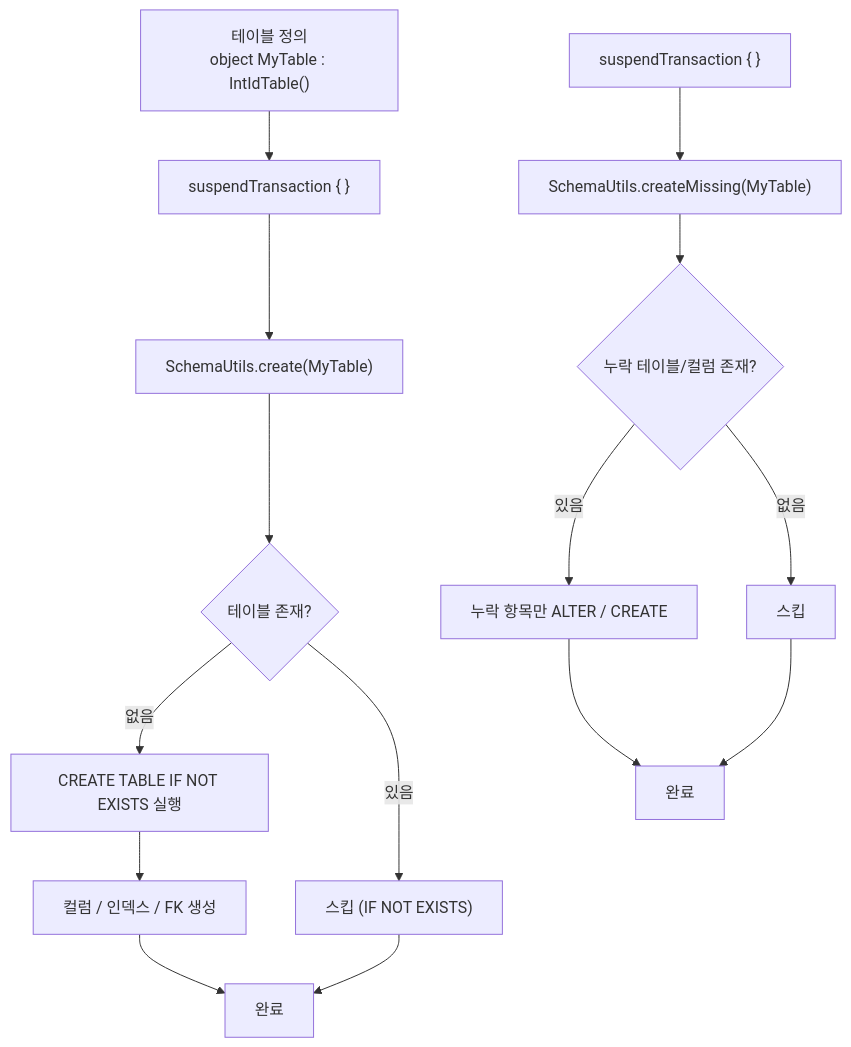
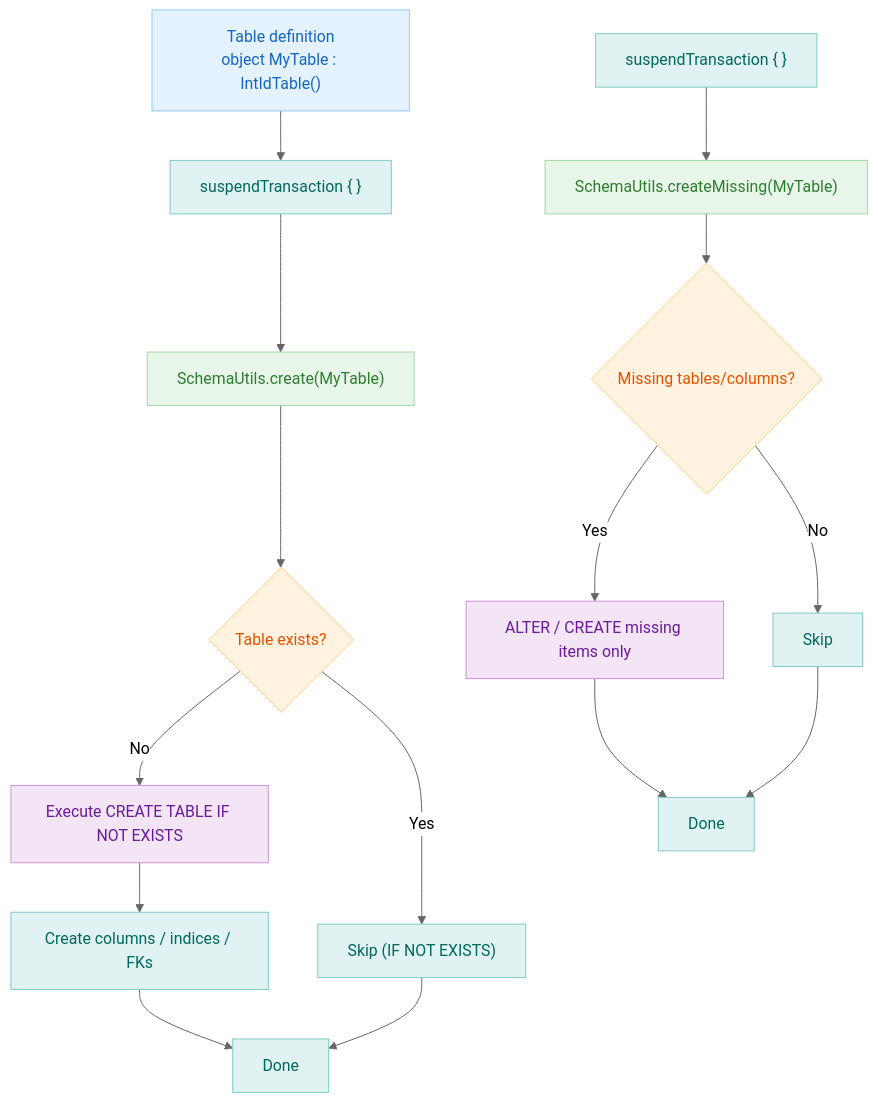
Before and after one commit to bluetape4k/exposed-r2dbc-workshop: the second of 4 diagrams in 04-exposed-r2dbc-ddl/02-ddl/README.md, drawn with Mermaid. The commit also changed other lines of this file and 63 other files, not shown here.

First line of the commit message:
docs: 전 모듈 README Mermaid UML 추가 및 영/한 이중화

````diff
--- a/04-exposed-r2dbc-ddl/02-ddl/README.md
+++ b/04-exposed-r2dbc-ddl/02-ddl/README.md
@@ -73,18 +83,32 @@
 ```mermaid
+%%{init: {"theme": "neutral"}}%%
 flowchart TD
-    A["테이블 정의\nobject MyTable : IntIdTable()"] --> B["suspendTransaction { }"]
+    A["Table definition\nobject MyTable : IntIdTable()"] --> B["suspendTransaction { }"]
     B --> C["SchemaUtils.create(MyTable)"]
-    C --> D{테이블 존재?}
-    D -->|없음| E["CREATE TABLE IF NOT EXISTS 실행"]
-    D -->|있음| F["스킵 (IF NOT EXISTS)"]
-    E --> G["컬럼 / 인덱스 / FK 생성"]
-    G --> H["완료"]
+    C --> D{Table exists?}
+    D -->|No| E["Execute CREATE TABLE IF NOT EXISTS"]
+    D -->|Yes| F["Skip (IF NOT EXISTS)"]
+    E --> G["Create columns / indices / FKs"]
+    G --> H["Done"]
     F --> H
 
     B2["suspendTransaction { }"] --> C2["SchemaUtils.createMissing(MyTable)"]
-    C2 --> D2{누락 테이블/컬럼 존재?}
-    D2 -->|있음| E2["누락 항목만 ALTER / CREATE"]
-    D2 -->|없음| F2["스킵"]
-    E2 --> H2["완료"]
+    C2 --> D2{Missing tables/columns?}
+    D2 -->|Yes| E2["ALTER / CREATE missing items only"]
+    D2 -->|No| F2["Skip"]
+    E2 --> H2["Done"]
     F2 --> H2
+
+    classDef blue   fill:#E3F2FD,stroke:#90CAF9,color:#1565C0
+    classDef green  fill:#E8F5E9,stroke:#A5D6A7,color:#2E7D32
+    classDef purple fill:#F3E5F5,stroke:#CE93D8,color:#6A1B9A
+    classDef orange fill:#FFF3E0,stroke:#FFCC80,color:#E65100
+    classDef teal   fill:#E0F2F1,stroke:#80CBC4,color:#00695C
+
+    class A blue
+    class B,B2 teal
+    class C,C2 green
+    class D,D2 orange
+    class E,E2 purple
+    class F,F2,G,H,H2 teal
 ```
````
